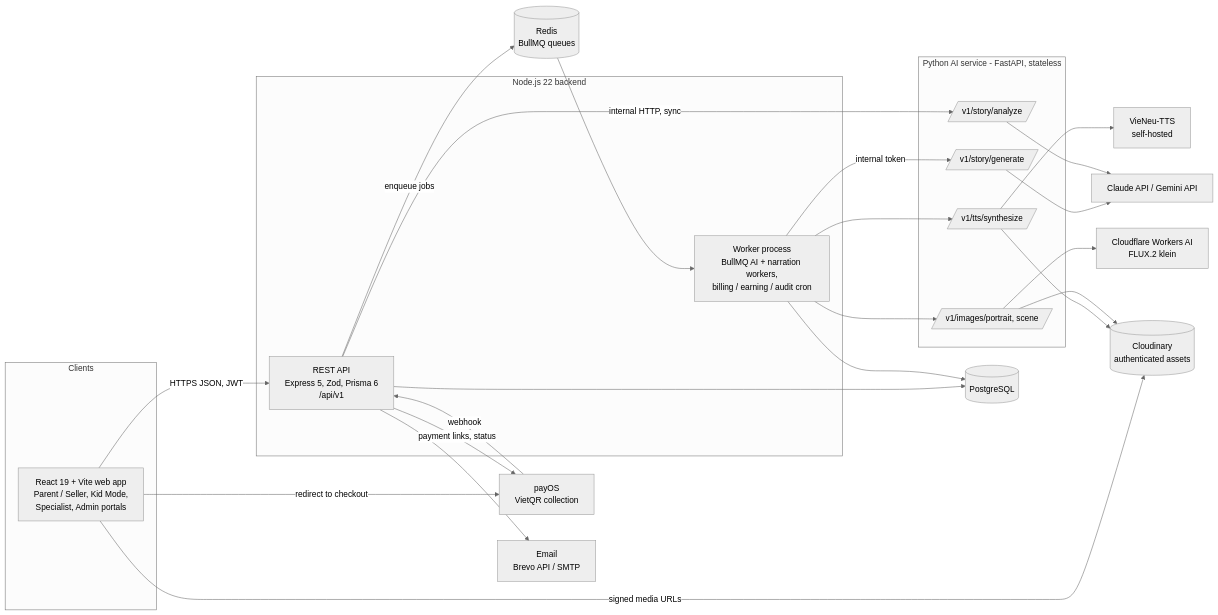
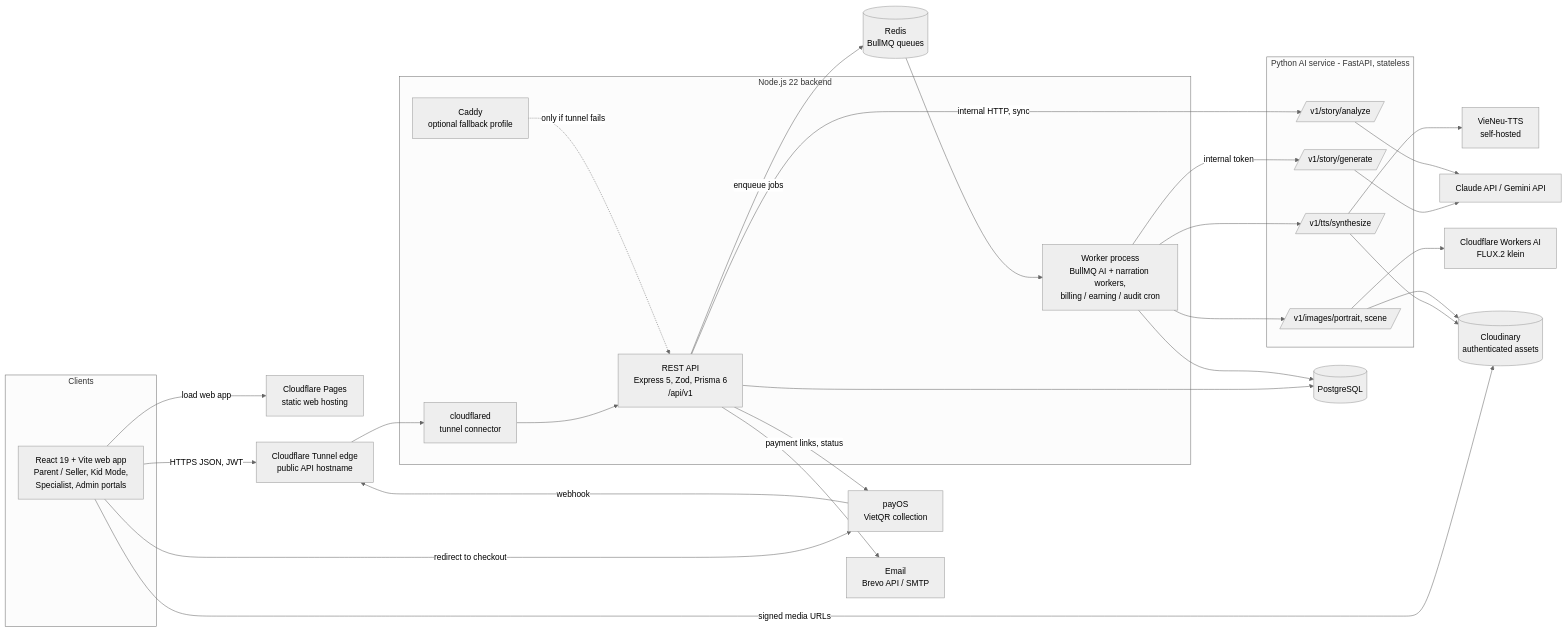
One commit to SEP490-GFA26SE186/BE changed the diagram in docs/sdd/1.1-architecture.mmd. Above: the diagram before and after it, drawn with Mermaid.

Commit message:
docs(sdd): A-03 add Cloudflare Pages, Cloudflare Tunnel and optional Caddy fallback to architecture source diagram

```diff
--- a/docs/sdd/1.1-architecture.mmd
+++ b/docs/sdd/1.1-architecture.mmd
@@ -1,43 +1,51 @@
 %%{init: {"theme": "neutral", "themeVariables": {"fontFamily": "Arial"}}}%%
 flowchart LR
   subgraph Clients
     WEB[React 19 + Vite web app<br/>Parent / Seller, Kid Mode,<br/>Specialist, Admin portals]
   end
+  PAGES[Cloudflare Pages<br/>static web hosting]
+  EDGE[Cloudflare Tunnel edge<br/>public API hostname]
   subgraph Backend [Node.js 22 backend]
+    CFD[cloudflared<br/>tunnel connector]
+    CADDY[Caddy<br/>optional fallback profile]
     API[REST API<br/>Express 5, Zod, Prisma 6<br/>/api/v1]
     WK[Worker process<br/>BullMQ AI + narration workers,<br/>billing / earning / audit cron]
   end
   REDIS[(Redis<br/>BullMQ queues)]
   DB[(PostgreSQL)]
   subgraph AISvc [Python AI service - FastAPI, stateless]
     STORY[/v1/story/generate/]
     ANALYZE[/v1/story/analyze/]
     TTS[/v1/tts/synthesize/]
     IMG[/v1/images/portrait, scene/]
   end
   LLM[Claude API / Gemini API]
   VN[VieNeu-TTS<br/>self-hosted]
   CF[Cloudflare Workers AI<br/>FLUX.2 klein]
   CLD[(Cloudinary<br/>authenticated assets)]
   PAY[payOS<br/>VietQR collection]
   MAIL[Email<br/>Brevo API / SMTP]
-  WEB -->|HTTPS JSON, JWT| API
+  WEB -->|load web app| PAGES
+  WEB -->|HTTPS JSON, JWT| EDGE
+  EDGE --> CFD
+  CFD --> API
+  CADDY -.->|only if tunnel fails| API
   WEB -->|signed media URLs| CLD
   WEB -->|redirect to checkout| PAY
   API --> DB
   API -->|enqueue jobs| REDIS
   REDIS --> WK
   WK --> DB
   WK -->|internal token| STORY
   WK --> TTS
   WK --> IMG
   API -->|internal HTTP, sync| ANALYZE
   STORY --> LLM
   ANALYZE --> LLM
   TTS --> VN
   IMG --> CF
   TTS --> CLD
   IMG --> CLD
   API -->|payment links, status| PAY
-  PAY -->|webhook| API
+  PAY -->|webhook| EDGE
   API --> MAIL
```
